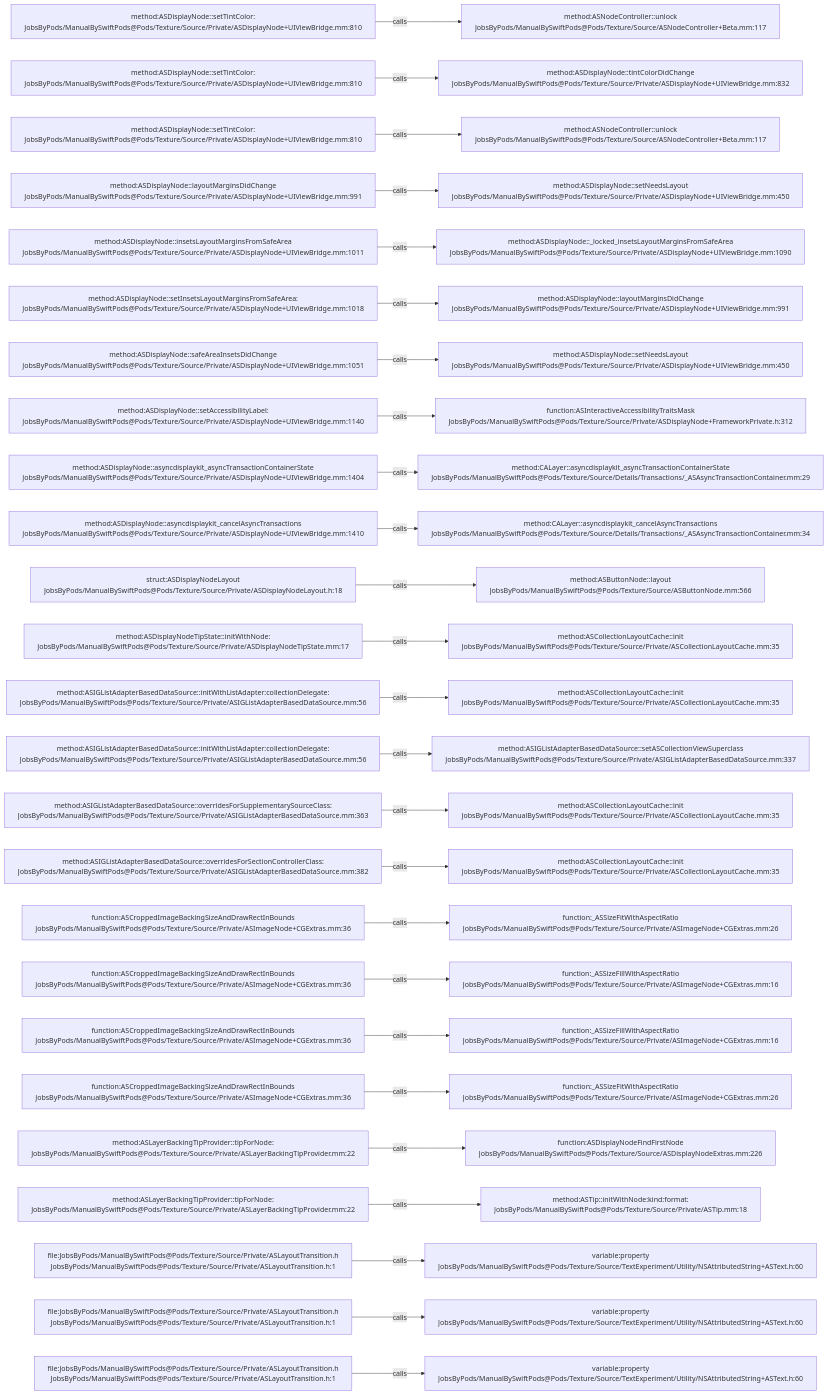
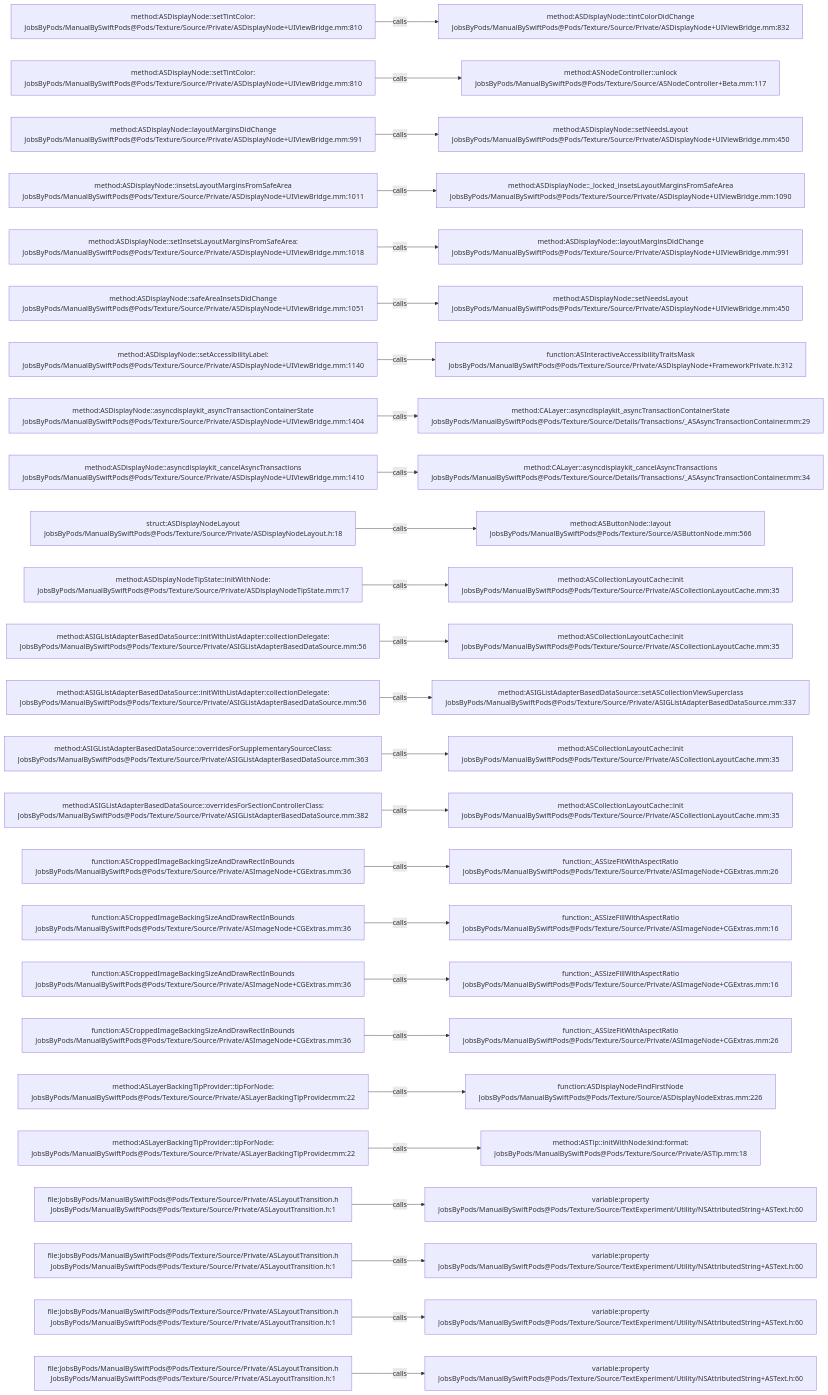
Before and after one commit to JobsKits/JobsSwiftBaseConfigDemo: the diagram in .codegraph/codegraph.md/graphs/calls-120.md, drawn with Mermaid. The commit also changed 747 other files, not shown here.

````diff
--- a/.codegraph/codegraph.md/graphs/calls-120.md
+++ b/.codegraph/codegraph.md/graphs/calls-120.md
@@ -13,78 +13,78 @@
 ```mermaid
 flowchart LR
   S1["method:ASDisplayNode::setTintColor:<br/>JobsByPods/ManualBySwiftPods@Pods/Texture/Source/Private/ASDisplayNode+UIViewBridge.mm:810"]
-  T1["method:ASNodeController::unlock<br/>JobsByPods/ManualBySwiftPods@Pods/Texture/Source/ASNodeController+Beta.mm:117"]
+  T1["method:ASDisplayNode::tintColorDidChange<br/>JobsByPods/ManualBySwiftPods@Pods/Texture/Source/Private/ASDisplayNode+UIViewBridge.mm:832"]
   S1 -->|calls| T1
   S2["method:ASDisplayNode::setTintColor:<br/>JobsByPods/ManualBySwiftPods@Pods/Texture/Source/Private/ASDisplayNode+UIViewBridge.mm:810"]
-  T2["method:ASDisplayNode::tintColorDidChange<br/>JobsByPods/ManualBySwiftPods@Pods/Texture/Source/Private/ASDisplayNode+UIViewBridge.mm:832"]
+  T2["method:ASNodeController::unlock<br/>JobsByPods/ManualBySwiftPods@Pods/Texture/Source/ASNodeController+Beta.mm:117"]
   S2 -->|calls| T2
-  S3["method:ASDisplayNode::setTintColor:<br/>JobsByPods/ManualBySwiftPods@Pods/Texture/Source/Private/ASDisplayNode+UIViewBridge.mm:810"]
-  T3["method:ASNodeController::unlock<br/>JobsByPods/ManualBySwiftPods@Pods/Texture/Source/ASNodeController+Beta.mm:117"]
+  S3["method:ASDisplayNode::layoutMarginsDidChange<br/>JobsByPods/ManualBySwiftPods@Pods/Texture/Source/Private/ASDisplayNode+UIViewBridge.mm:991"]
+  T3["method:ASDisplayNode::setNeedsLayout<br/>JobsByPods/ManualBySwiftPods@Pods/Texture/Source/Private/ASDisplayNode+UIViewBridge.mm:450"]
   S3 -->|calls| T3
-  S4["method:ASDisplayNode::layoutMarginsDidChange<br/>JobsByPods/ManualBySwiftPods@Pods/Texture/Source/Private/ASDisplayNode+UIViewBridge.mm:991"]
-  T4["method:ASDisplayNode::setNeedsLayout<br/>JobsByPods/ManualBySwiftPods@Pods/Texture/Source/Private/ASDisplayNode+UIViewBridge.mm:450"]
+  S4["method:ASDisplayNode::insetsLayoutMarginsFromSafeArea<br/>JobsByPods/ManualBySwiftPods@Pods/Texture/Source/Private/ASDisplayNode+UIViewBridge.mm:1011"]
+  T4["method:ASDisplayNode::_locked_insetsLayoutMarginsFromSafeArea<br/>JobsByPods/ManualBySwiftPods@Pods/Texture/Source/Private/ASDisplayNode+UIViewBridge.mm:1090"]
   S4 -->|calls| T4
-  S5["method:ASDisplayNode::insetsLayoutMarginsFromSafeArea<br/>JobsByPods/ManualBySwiftPods@Pods/Texture/Source/Private/ASDisplayNode+UIViewBridge.mm:1011"]
-  T5["method:ASDisplayNode::_locked_insetsLayoutMarginsFromSafeArea<br/>JobsByPods/ManualBySwiftPods@Pods/Texture/Source/Private/ASDisplayNode+UIViewBridge.mm:1090"]
+  S5["method:ASDisplayNode::setInsetsLayoutMarginsFromSafeArea:<br/>JobsByPods/ManualBySwiftPods@Pods/Texture/Source/Private/ASDisplayNode+UIViewBridge.mm:1018"]
+  T5["method:ASDisplayNode::layoutMarginsDidChange<br/>JobsByPods/ManualBySwiftPods@Pods/Texture/Source/Private/ASDisplayNode+UIViewBridge.mm:991"]
   S5 -->|calls| T5
-  S6["method:ASDisplayNode::setInsetsLayoutMarginsFromSafeArea:<br/>JobsByPods/ManualBySwiftPods@Pods/Texture/Source/Private/ASDisplayNode+UIViewBridge.mm:1018"]
-  T6["method:ASDisplayNode::layoutMarginsDidChange<br/>JobsByPods/ManualBySwiftPods@Pods/Texture/Source/Private/ASDisplayNode+UIViewBridge.mm:991"]
+  S6["method:ASDisplayNode::safeAreaInsetsDidChange<br/>JobsByPods/ManualBySwiftPods@Pods/Texture/Source/Private/ASDisplayNode+UIViewBridge.mm:1051"]
+  T6["method:ASDisplayNode::setNeedsLayout<br/>JobsByPods/ManualBySwiftPods@Pods/Texture/Source/Private/ASDisplayNode+UIViewBridge.mm:450"]
   S6 -->|calls| T6
-  S7["method:ASDisplayNode::safeAreaInsetsDidChange<br/>JobsByPods/ManualBySwiftPods@Pods/Texture/Source/Private/ASDisplayNode+UIViewBridge.mm:1051"]
-  T7["method:ASDisplayNode::setNeedsLayout<br/>JobsByPods/ManualBySwiftPods@Pods/Texture/Source/Private/ASDisplayNode+UIViewBridge.mm:450"]
+  S7["method:ASDisplayNode::setAccessibilityLabel:<br/>JobsByPods/ManualBySwiftPods@Pods/Texture/Source/Private/ASDisplayNode+UIViewBridge.mm:1140"]
+  T7["function:ASInteractiveAccessibilityTraitsMask<br/>JobsByPods/ManualBySwiftPods@Pods/Texture/Source/Private/ASDisplayNode+FrameworkPrivate.h:312"]
   S7 -->|calls| T7
-  S8["method:ASDisplayNode::setAccessibilityLabel:<br/>JobsByPods/ManualBySwiftPods@Pods/Texture/Source/Private/ASDisplayNode+UIViewBridge.mm:1140"]
-  T8["function:ASInteractiveAccessibilityTraitsMask<br/>JobsByPods/ManualBySwiftPods@Pods/Texture/Source/Private/ASDisplayNode+FrameworkPrivate.h:312"]
+  S8["method:ASDisplayNode::asyncdisplaykit_asyncTransactionContainerState<br/>JobsByPods/ManualBySwiftPods@Pods/Texture/Source/Private/ASDisplayNode+UIViewBridge.mm:1404"]
+  T8["method:CALayer::asyncdisplaykit_asyncTransactionContainerState<br/>JobsByPods/ManualBySwiftPods@Pods/Texture/Source/Details/Transactions/_ASAsyncTransactionContainer.mm:29"]
   S8 -->|calls| T8
-  S9["method:ASDisplayNode::asyncdisplaykit_asyncTransactionContainerState<br/>JobsByPods/ManualBySwiftPods@Pods/Texture/Source/Private/ASDisplayNode+UIViewBridge.mm:1404"]
-  T9["method:CALayer::asyncdisplaykit_asyncTransactionContainerState<br/>JobsByPods/ManualBySwiftPods@Pods/Texture/Source/Details/Transactions/_ASAsyncTransactionContainer.mm:29"]
+  S9["method:ASDisplayNode::asyncdisplaykit_cancelAsyncTransactions<br/>JobsByPods/ManualBySwiftPods@Pods/Texture/Source/Private/ASDisplayNode+UIViewBridge.mm:1410"]
+  T9["method:CALayer::asyncdisplaykit_cancelAsyncTransactions<br/>JobsByPods/ManualBySwiftPods@Pods/Texture/Source/Details/Transactions/_ASAsyncTransactionContainer.mm:34"]
   S9 -->|calls| T9
-  S10["method:ASDisplayNode::asyncdisplaykit_cancelAsyncTransactions<br/>JobsByPods/ManualBySwiftPods@Pods/Texture/Source/Private/ASDisplayNode+UIViewBridge.mm:1410"]
-  T10["method:CALayer::asyncdisplaykit_cancelAsyncTransactions<br/>JobsByPods/ManualBySwiftPods@Pods/Texture/Source/Details/Transactions/_ASAsyncTransactionContainer.mm:34"]
+  S10["struct:ASDisplayNodeLayout<br/>JobsByPods/ManualBySwiftPods@Pods/Texture/Source/Private/ASDisplayNodeLayout.h:18"]
+  T10["method:ASButtonNode::layout<br/>JobsByPods/ManualBySwiftPods@Pods/Texture/Source/ASButtonNode.mm:566"]
   S10 -->|calls| T10
-  S11["struct:ASDisplayNodeLayout<br/>JobsByPods/ManualBySwiftPods@Pods/Texture/Source/Private/ASDisplayNodeLayout.h:18"]
-  T11["method:ASButtonNode::layout<br/>JobsByPods/ManualBySwiftPods@Pods/Texture/Source/ASButtonNode.mm:566"]
+  S11["method:ASDisplayNodeTipState::initWithNode:<br/>JobsByPods/ManualBySwiftPods@Pods/Texture/Source/Private/ASDisplayNodeTipState.mm:17"]
+  T11["method:ASCollectionLayoutCache::init<br/>JobsByPods/ManualBySwiftPods@Pods/Texture/Source/Private/ASCollectionLayoutCache.mm:35"]
   S11 -->|calls| T11
-  S12["method:ASDisplayNodeTipState::initWithNode:<br/>JobsByPods/ManualBySwiftPods@Pods/Texture/Source/Private/ASDisplayNodeTipState.mm:17"]
+  S12["method:ASIGListAdapterBasedDataSource::initWithListAdapter:collectionDelegate:<br/>JobsByPods/ManualBySwiftPods@Pods/Texture/Source/Private/ASIGListAdapterBasedDataSource.mm:56"]
   T12["method:ASCollectionLayoutCache::init<br/>JobsByPods/ManualBySwiftPods@Pods/Texture/Source/Private/ASCollectionLayoutCache.mm:35"]
   S12 -->|calls| T12
   S13["method:ASIGListAdapterBasedDataSource::initWithListAdapter:collectionDelegate:<br/>JobsByPods/ManualBySwiftPods@Pods/Texture/Source/Private/ASIGListAdapterBasedDataSource.mm:56"]
-  T13["method:ASCollectionLayoutCache::init<br/>JobsByPods/ManualBySwiftPods@Pods/Texture/Source/Private/ASCollectionLayoutCache.mm:35"]
+  T13["method:ASIGListAdapterBasedDataSource::setASCollectionViewSuperclass<br/>JobsByPods/ManualBySwiftPods@Pods/Texture/Source/Private/ASIGListAdapterBasedDataSource.mm:337"]
   S13 -->|calls| T13
-  S14["method:ASIGListAdapterBasedDataSource::initWithListAdapter:collectionDelegate:<br/>JobsByPods/ManualBySwiftPods@Pods/Texture/Source/Private/ASIGListAdapterBasedDataSource.mm:56"]
-  T14["method:ASIGListAdapterBasedDataSource::setASCollectionViewSuperclass<br/>JobsByPods/ManualBySwiftPods@Pods/Texture/Source/Private/ASIGListAdapterBasedDataSource.mm:337"]
+  S14["method:ASIGListAdapterBasedDataSource::overridesForSupplementarySourceClass:<br/>JobsByPods/ManualBySwiftPods@Pods/Texture/Source/Private/ASIGListAdapterBasedDataSource.mm:363"]
+  T14["method:ASCollectionLayoutCache::init<br/>JobsByPods/ManualBySwiftPods@Pods/Texture/Source/Private/ASCollectionLayoutCache.mm:35"]
   S14 -->|calls| T14
-  S15["method:ASIGListAdapterBasedDataSource::overridesForSupplementarySourceClass:<br/>JobsByPods/ManualBySwiftPods@Pods/Texture/Source/Private/ASIGListAdapterBasedDataSource.mm:363"]
+  S15["method:ASIGListAdapterBasedDataSource::overridesForSectionControllerClass:<br/>JobsByPods/ManualBySwiftPods@Pods/Texture/Source/Private/ASIGListAdapterBasedDataSource.mm:382"]
   T15["method:ASCollectionLayoutCache::init<br/>JobsByPods/ManualBySwiftPods@Pods/Texture/Source/Private/ASCollectionLayoutCache.mm:35"]
   S15 -->|calls| T15
-  S16["method:ASIGListAdapterBasedDataSource::overridesForSectionControllerClass:<br/>JobsByPods/ManualBySwiftPods@Pods/Texture/Source/Private/ASIGListAdapterBasedDataSource.mm:382"]
-  T16["method:ASCollectionLayoutCache::init<br/>JobsByPods/ManualBySwiftPods@Pods/Texture/Source/Private/ASCollectionLayoutCache.mm:35"]
+  S16["function:ASCroppedImageBackingSizeAndDrawRectInBounds<br/>JobsByPods/ManualBySwiftPods@Pods/Texture/Source/Private/ASImageNode+CGExtras.mm:36"]
+  T16["function:_ASSizeFitWithAspectRatio<br/>JobsByPods/ManualBySwiftPods@Pods/Texture/Source/Private/ASImageNode+CGExtras.mm:26"]
   S16 -->|calls| T16
   S17["function:ASCroppedImageBackingSizeAndDrawRectInBounds<br/>JobsByPods/ManualBySwiftPods@Pods/Texture/Source/Private/ASImageNode+CGExtras.mm:36"]
-  T17["function:_ASSizeFitWithAspectRatio<br/>JobsByPods/ManualBySwiftPods@Pods/Texture/Source/Private/ASImageNode+CGExtras.mm:26"]
+  T17["function:_ASSizeFillWithAspectRatio<br/>JobsByPods/ManualBySwiftPods@Pods/Texture/Source/Private/ASImageNode+CGExtras.mm:16"]
   S17 -->|calls| T17
   S18["function:ASCroppedImageBackingSizeAndDrawRectInBounds<br/>JobsByPods/ManualBySwiftPods@Pods/Texture/Source/Private/ASImageNode+CGExtras.mm:36"]
   T18["function:_ASSizeFillWithAspectRatio<br/>JobsByPods/ManualBySwiftPods@Pods/Texture/Source/Private/ASImageNode+CGExtras.mm:16"]
   S18 -->|calls| T18
   S19["function:ASCroppedImageBackingSizeAndDrawRectInBounds<br/>JobsByPods/ManualBySwiftPods@Pods/Texture/Source/Private/ASImageNode+CGExtras.mm:36"]
-  T19["function:_ASSizeFillWithAspectRatio<br/>JobsByPods/ManualBySwiftPods@Pods/Texture/Source/Private/ASImageNode+CGExtras.mm:16"]
+  T19["function:_ASSizeFitWithAspectRatio<br/>JobsByPods/ManualBySwiftPods@Pods/Texture/Source/Private/ASImageNode+CGExtras.mm:26"]
   S19 -->|calls| T19
-  S20["function:ASCroppedImageBackingSizeAndDrawRectInBounds<br/>JobsByPods/ManualBySwiftPods@Pods/Texture/Source/Private/ASImageNode+CGExtras.mm:36"]
-  T20["function:_ASSizeFitWithAspectRatio<br/>JobsByPods/ManualBySwiftPods@Pods/Texture/Source/Private/ASImageNode+CGExtras.mm:26"]
+  S20["method:ASLayerBackingTipProvider::tipForNode:<br/>JobsByPods/ManualBySwiftPods@Pods/Texture/Source/Private/ASLayerBackingTipProvider.mm:22"]
+  T20["function:ASDisplayNodeFindFirstNode<br/>JobsByPods/ManualBySwiftPods@Pods/Texture/Source/ASDisplayNodeExtras.mm:226"]
   S20 -->|calls| T20
   S21["method:ASLayerBackingTipProvider::tipForNode:<br/>JobsByPods/ManualBySwiftPods@Pods/Texture/Source/Private/ASLayerBackingTipProvider.mm:22"]
-  T21["function:ASDisplayNodeFindFirstNode<br/>JobsByPods/ManualBySwiftPods@Pods/Texture/Source/ASDisplayNodeExtras.mm:226"]
+  T21["method:ASTip::initWithNode:kind:format:<br/>JobsByPods/ManualBySwiftPods@Pods/Texture/Source/Private/ASTip.mm:18"]
   S21 -->|calls| T21
-  S22["method:ASLayerBackingTipProvider::tipForNode:<br/>JobsByPods/ManualBySwiftPods@Pods/Texture/Source/Private/ASLayerBackingTipProvider.mm:22"]
-  T22["method:ASTip::initWithNode:kind:format:<br/>JobsByPods/ManualBySwiftPods@Pods/Texture/Source/Private/ASTip.mm:18"]
+  S22["file:JobsByPods/ManualBySwiftPods@Pods/Texture/Source/Private/ASLayoutTransition.h<br/>JobsByPods/ManualBySwiftPods@Pods/Texture/Source/Private/ASLayoutTransition.h:1"]
+  T22["variable:property<br/>JobsByPods/ManualBySwiftPods@Pods/Texture/Source/TextExperiment/Utility/NSAttributedString+ASText.h:60"]
   S22 -->|calls| T22
   S23["file:JobsByPods/ManualBySwiftPods@Pods/Texture/Source/Private/ASLayoutTransition.h<br/>JobsByPods/ManualBySwiftPods@Pods/Texture/Source/Private/ASLayoutTransition.h:1"]
   T23["variable:property<br/>JobsByPods/ManualBySwiftPods@Pods/Texture/Source/TextExperiment/Utility/NSAttributedString+ASText.h:60"]
   S23 -->|calls| T23
   S24["file:JobsByPods/ManualBySwiftPods@Pods/Texture/Source/Private/ASLayoutTransition.h<br/>JobsByPods/ManualBySwiftPods@Pods/Texture/Source/Private/ASLayoutTransition.h:1"]
   T24["variable:property<br/>JobsByPods/ManualBySwiftPods@Pods/Texture/Source/TextExperiment/Utility/NSAttributedString+ASText.h:60"]
   S24 -->|calls| T24
   S25["file:JobsByPods/ManualBySwiftPods@Pods/Texture/Source/Private/ASLayoutTransition.h<br/>JobsByPods/ManualBySwiftPods@Pods/Texture/Source/Private/ASLayoutTransition.h:1"]
   T25["variable:property<br/>JobsByPods/ManualBySwiftPods@Pods/Texture/Source/TextExperiment/Utility/NSAttributedString+ASText.h:60"]
   S25 -->|calls| T25
 ```
````
